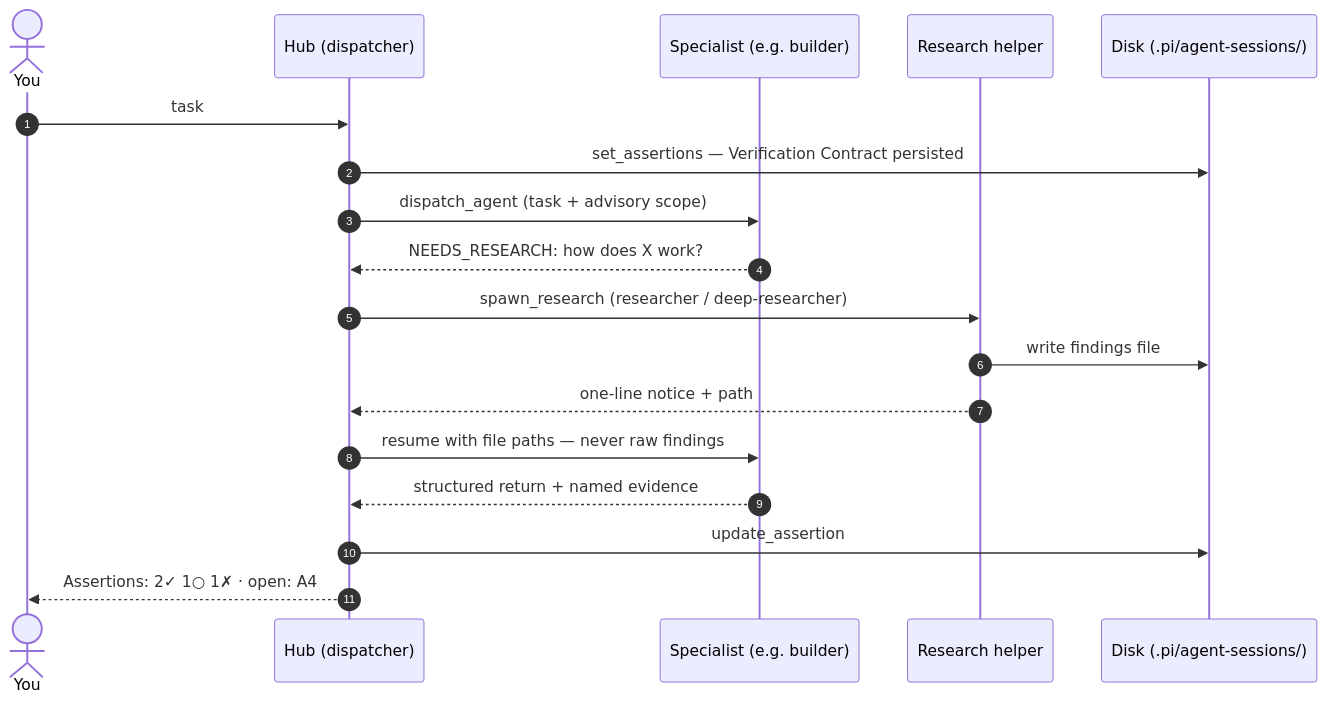
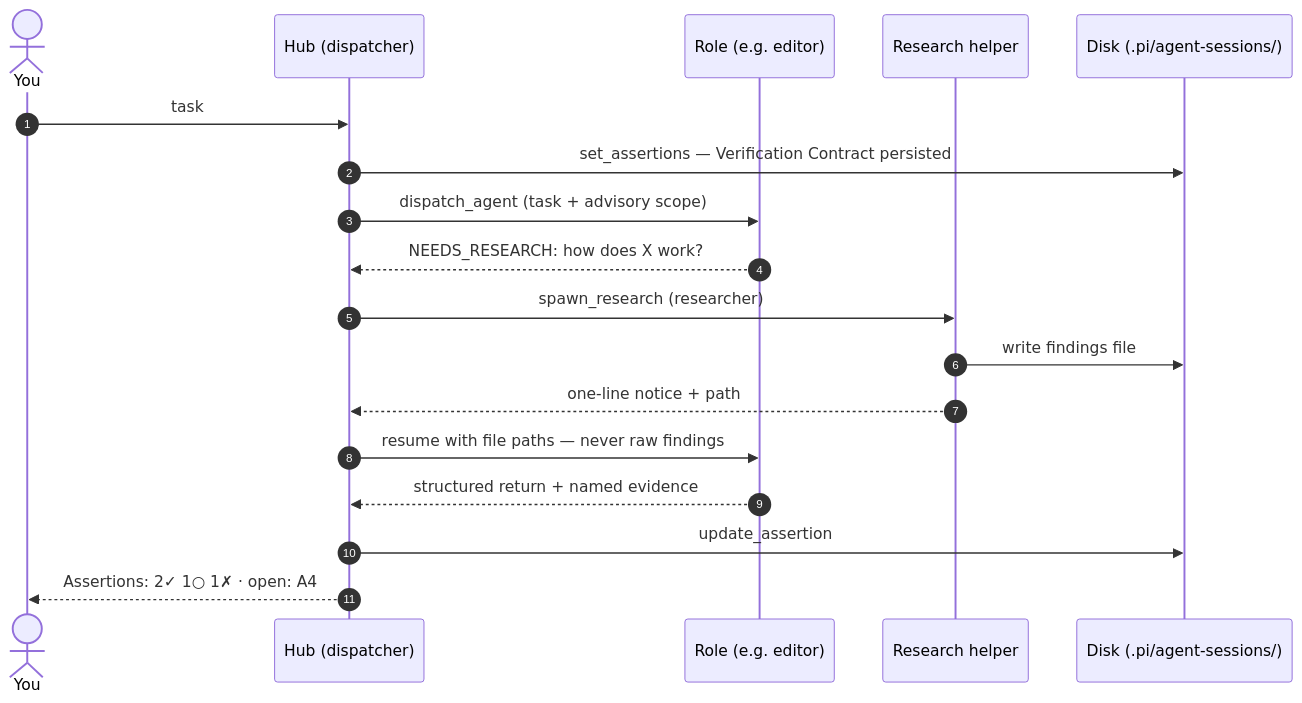
Before and after one commit to chankov/agent-fleet: the diagram in .pi/harnesses/agent-hub/README.md, drawn with Mermaid. The commit also changed other lines of this file and 109 other files, not shown here.

````diff
--- a/.pi/harnesses/agent-hub/README.md
+++ b/.pi/harnesses/agent-hub/README.md
@@ -334,21 +369,21 @@
 ```mermaid
 sequenceDiagram
     autonumber
     actor U as You
     participant H as Hub (dispatcher)
-    participant S as Specialist (e.g. builder)
+    participant S as Role (e.g. editor)
     participant R as Research helper
     participant D as Disk (.pi/agent-sessions/)
 
     U->>H: task
     H->>D: set_assertions — Verification Contract persisted
     H->>S: dispatch_agent (task + advisory scope)
     S-->>H: NEEDS_RESEARCH: how does X work?
-    H->>R: spawn_research (researcher / deep-researcher)
+    H->>R: spawn_research (researcher)
     R->>D: write findings file
     R-->>H: one-line notice + path
     H->>S: resume with file paths — never raw findings
     S-->>H: structured return + named evidence
     H->>D: update_assertion
     H-->>U: Assertions: 2✓ 1○ 1✗ · open: A4
 ```
````
